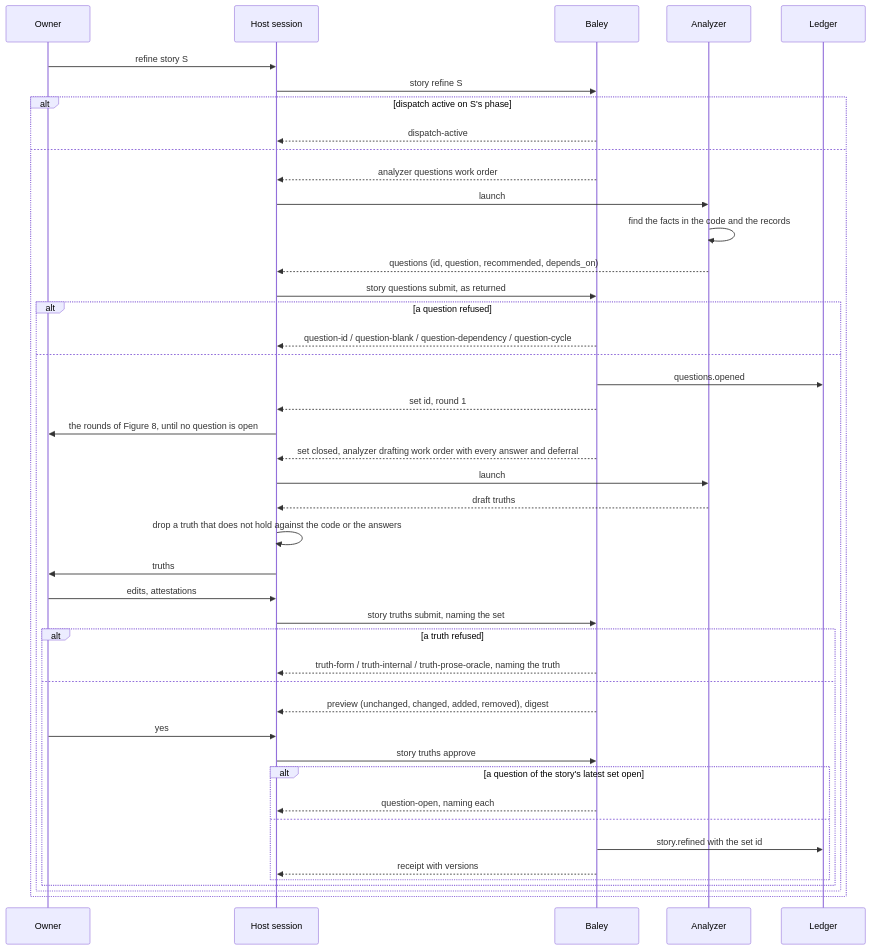
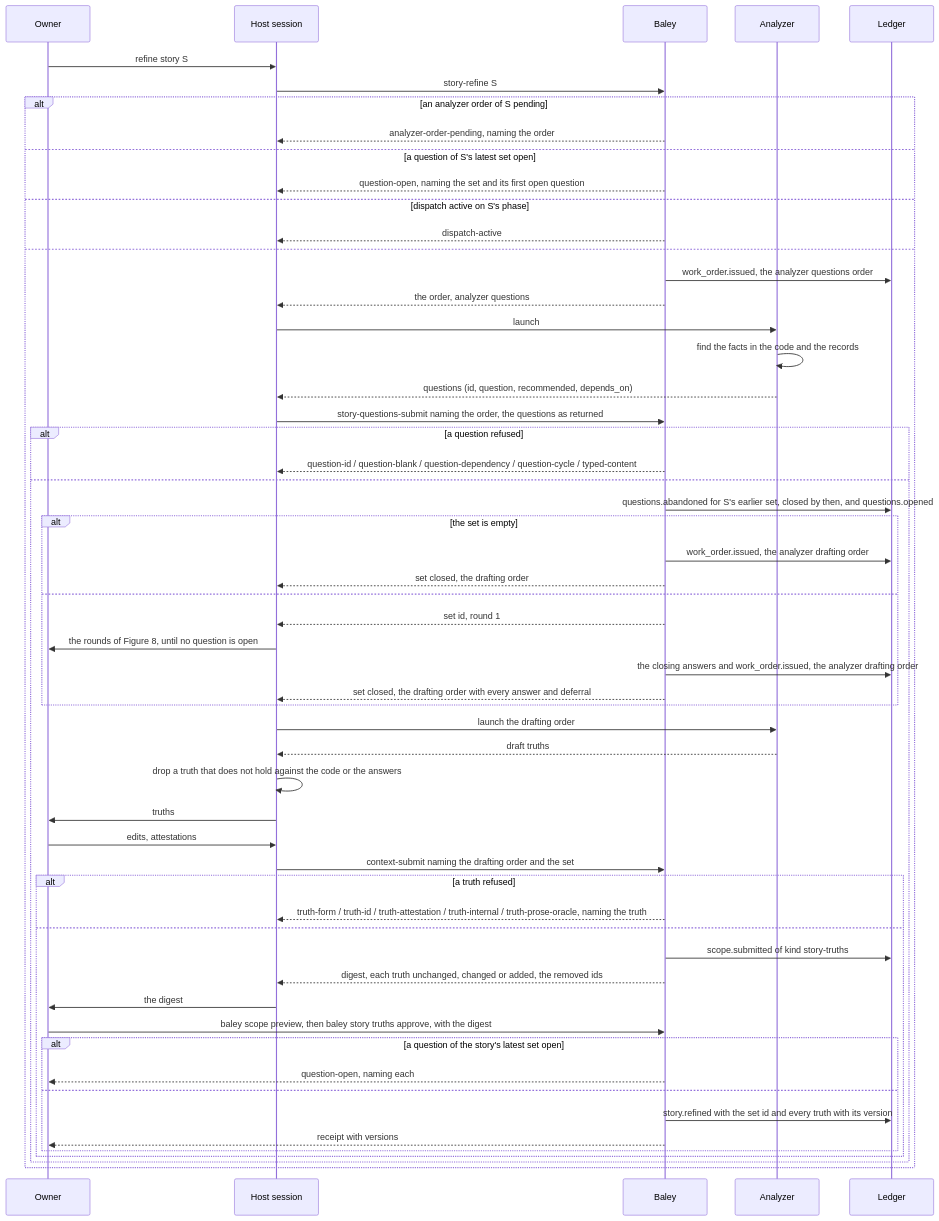
Before and after one commit to jcrenshaw-dev/baley: the fifth of 8 diagrams in docs/design/0005-context-plans-and-acceptance.md, drawn with Mermaid. The commit also changed other lines of this file, not shown here.

````diff
--- a/docs/design/0005-context-plans-and-acceptance.md
+++ b/docs/design/0005-context-plans-and-acceptance.md
@@ -416,46 +418,58 @@
 ```mermaid
 sequenceDiagram
   participant O as Owner
   participant H as Host session
   participant B as Baley
   participant A as Analyzer
   participant L as Ledger
   O->>H: refine story S
-  H->>B: story refine S
-  alt dispatch active on S's phase
+  H->>B: story-refine S
+  alt an analyzer order of S pending
+    B-->>H: analyzer-order-pending, naming the order
+  else a question of S's latest set open
+    B-->>H: question-open, naming the set and its first open question
+  else dispatch active on S's phase
     B-->>H: dispatch-active
   else
-    B-->>H: analyzer questions work order
+    B->>L: work_order.issued, the analyzer questions order
+    B-->>H: the order, analyzer questions
     H->>A: launch
     A->>A: find the facts in the code and the records
     A-->>H: questions (id, question, recommended, depends_on)
-    H->>B: story questions submit, as returned
+    H->>B: story-questions-submit naming the order, the questions as returned
     alt a question refused
-      B-->>H: question-id / question-blank / question-dependency / question-cycle
+      B-->>H: question-id / question-blank / question-dependency / question-cycle / typed-content
     else
-      B->>L: questions.opened
-      B-->>H: set id, round 1
-      H->>O: the rounds of Figure 8, until no question is open
-      B-->>H: set closed, analyzer drafting work order with every answer and deferral
-      H->>A: launch
+      B->>L: questions.abandoned for S's earlier set, closed by then, and questions.opened
+      alt the set is empty
+        B->>L: work_order.issued, the analyzer drafting order
+        B-->>H: set closed, the drafting order
+      else
+        B-->>H: set id, round 1
+        H->>O: the rounds of Figure 8, until no question is open
+        B->>L: the closing answers and work_order.issued, the analyzer drafting order
+        B-->>H: set closed, the drafting order with every answer and deferral
+      end
+      H->>A: launch the drafting order
       A-->>H: draft truths
       H->>H: drop a truth that does not hold against the code or the answers
       H->>O: truths
       O->>H: edits, attestations
-      H->>B: story truths submit, naming the set
+      H->>B: context-submit naming the drafting order and the set
       alt a truth refused
-        B-->>H: truth-form / truth-internal / truth-prose-oracle, naming the truth
+        B-->>H: truth-form / truth-id / truth-attestation / truth-internal / truth-prose-oracle, naming the truth
       else
-        B-->>H: preview (unchanged, changed, added, removed), digest
-        O->>H: yes
-        H->>B: story truths approve
+        B->>L: scope.submitted of kind story-truths
+        B-->>H: digest, each truth unchanged, changed or added, the removed ids
+        H->>O: the digest
+        O->>B: baley scope preview, then baley story truths approve, with the digest
         alt a question of the story's latest set open
-          B-->>H: question-open, naming each
+          B-->>O: question-open, naming each
         else
-          B->>L: story.refined with the set id
-          B-->>H: receipt with versions
+          B->>L: story.refined with the set id and every truth with its version
+          B-->>O: receipt with versions
         end
       end
     end
   end
 ```
````
